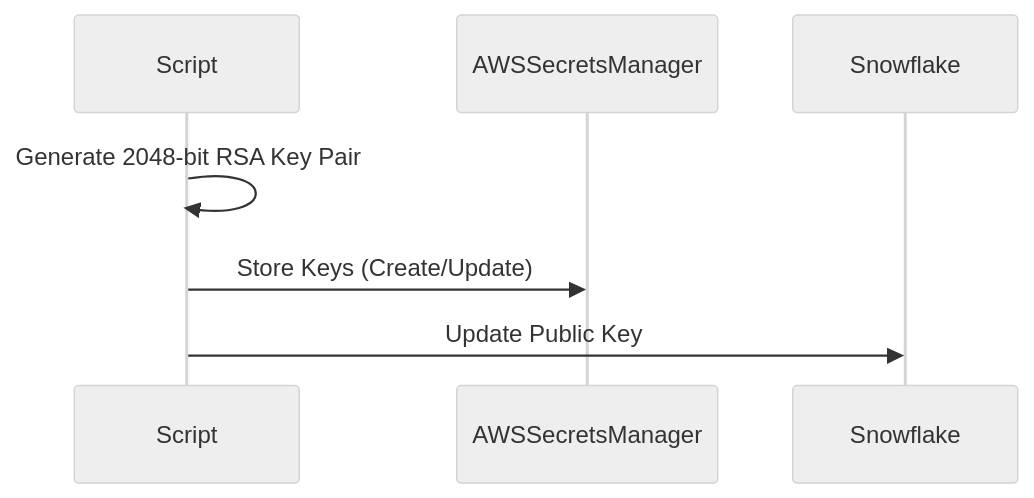
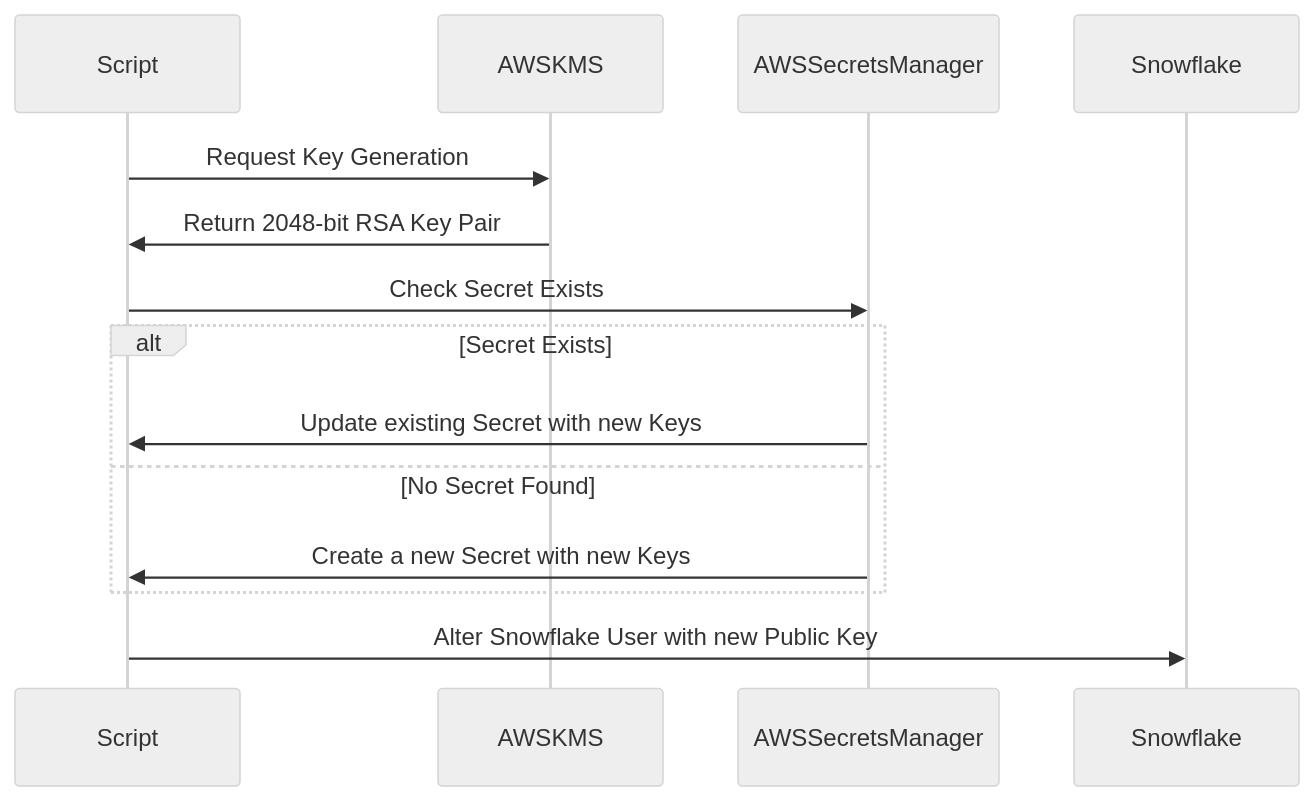
One commit to dimasgonzales/key_rotation_demo changed the diagram in README.md. Above: the diagram before and after it, drawn with Mermaid (neutral theme). The commit also changed other lines of this file and 1 other file, not shown here.

````diff
--- a/README.md
+++ b/README.md
@@ -75,10 +7,17 @@
 ```mermaid
 sequenceDiagram
     participant Script
+    participant AWSKMS
     participant AWSSecretsManager
     participant Snowflake
 
-    Script->>Script: Generate 2048-bit RSA Key Pair
-    Script->>AWSSecretsManager: Store Keys (Create/Update)
-    Script->>Snowflake: Update Public Key
+   Script->>AWSKMS: Request Key Generation
+   AWSKMS->>Script: Return 2048-bit RSA Key Pair
+   Script->>AWSSecretsManager: Check Secret Exists
+   alt Secret Exists
+      AWSSecretsManager->>Script: Update existing Secret with new Keys
+   else No Secret Found
+      AWSSecretsManager->>Script: Create a new Secret with new Keys
+   end
+   Script->>Snowflake: Alter Snowflake User with new Public Key
 ```
````
